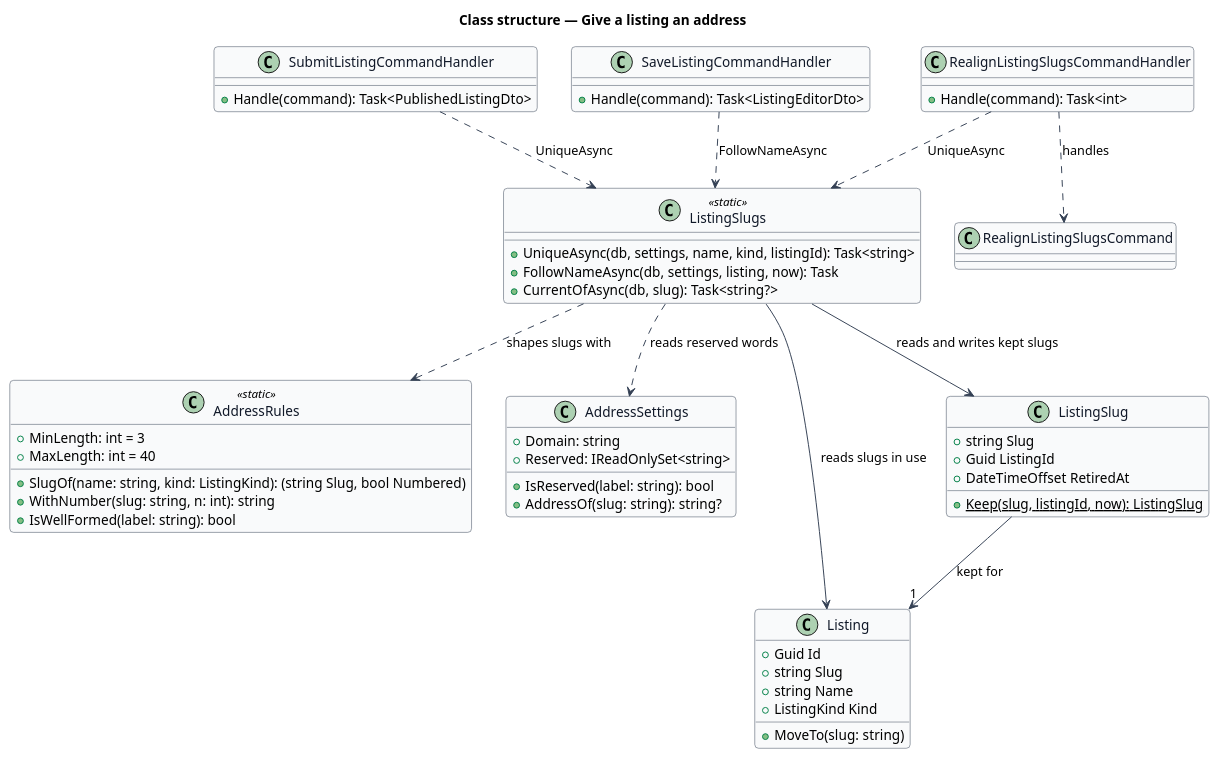
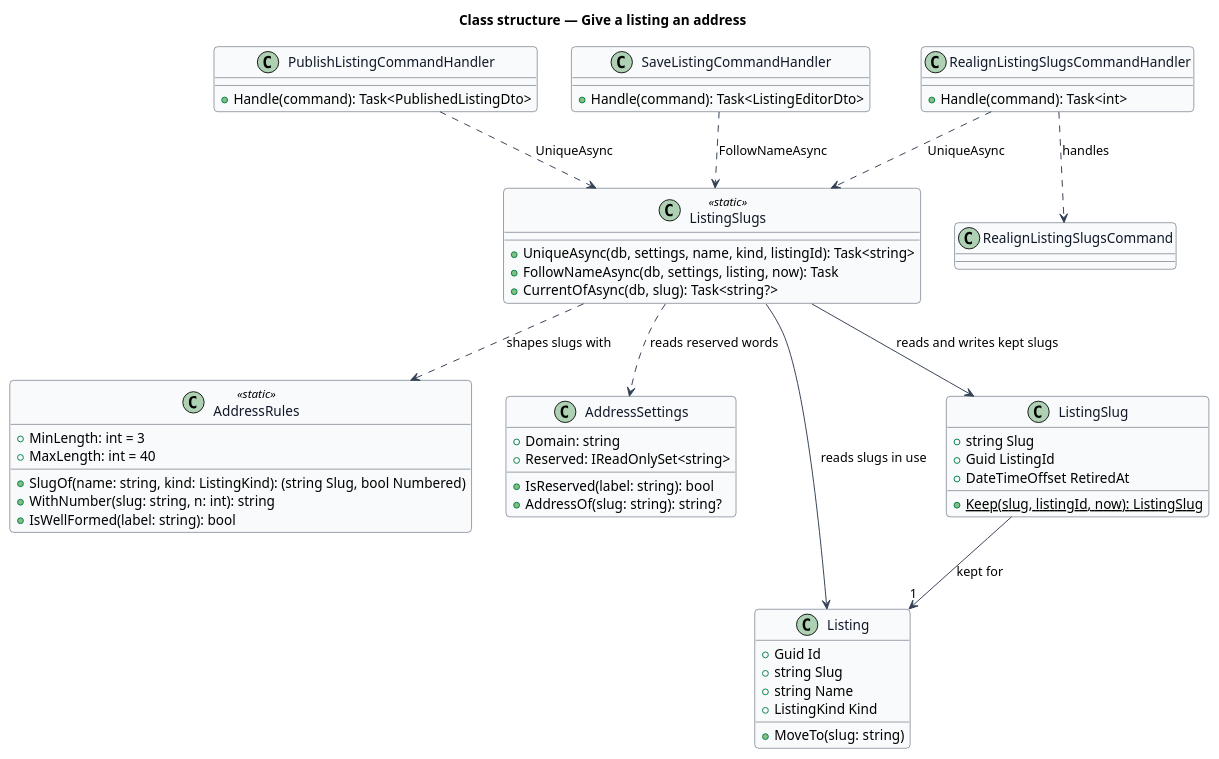
The diagram in docs/detailed-designs/listings/give-listing-an-address/diagrams/class-structure.puml (QuinntyneBrown/jubilee), drawn with PlantUML before and after one commit. The commit also changed 15 other files, not shown here.

```diff
--- a/docs/detailed-designs/listings/give-listing-an-address/diagrams/class-structure.puml
+++ b/docs/detailed-designs/listings/give-listing-an-address/diagrams/class-structure.puml
@@ -1,73 +1,73 @@
 @startuml
 skinparam backgroundColor #FFFFFF
 skinparam shadowing false
 skinparam roundcorner 8
 skinparam defaultFontName Arial
 skinparam ArrowColor #344054
 skinparam class {
   BorderColor #344054
   FontColor #101828
   BackgroundColor #F9FAFB
 }
 title Class structure — Give a listing an address
 
 class AddressRules <<static>> {
   +MinLength: int = 3
   +MaxLength: int = 40
   +SlugOf(name: string, kind: ListingKind): (string Slug, bool Numbered)
   +WithNumber(slug: string, n: int): string
   +IsWellFormed(label: string): bool
 }
 
 class AddressSettings {
   +Domain: string
   +Reserved: IReadOnlySet<string>
   +IsReserved(label: string): bool
   +AddressOf(slug: string): string?
 }
 
 class ListingSlugs <<static>> {
   +UniqueAsync(db, settings, name, kind, listingId): Task<string>
   +FollowNameAsync(db, settings, listing, now): Task
   +CurrentOfAsync(db, slug): Task<string?>
 }
 
-class SubmitListingCommandHandler {
+class PublishListingCommandHandler {
   +Handle(command): Task<PublishedListingDto>
 }
 
 class SaveListingCommandHandler {
   +Handle(command): Task<ListingEditorDto>
 }
 
 class RealignListingSlugsCommand
 
 class RealignListingSlugsCommandHandler {
   +Handle(command): Task<int>
 }
 
 class Listing {
   +Guid Id
   +string Slug
   +string Name
   +ListingKind Kind
   +MoveTo(slug: string)
 }
 
 class ListingSlug {
   +string Slug
   +Guid ListingId
   +DateTimeOffset RetiredAt
   +{static} Keep(slug, listingId, now): ListingSlug
 }
 
 ListingSlugs ..> AddressRules : shapes slugs with
 ListingSlugs ..> AddressSettings : reads reserved words
 ListingSlugs --> Listing : reads slugs in use
 ListingSlugs --> ListingSlug : reads and writes kept slugs
-SubmitListingCommandHandler ..> ListingSlugs : UniqueAsync
+PublishListingCommandHandler ..> ListingSlugs : UniqueAsync
 SaveListingCommandHandler ..> ListingSlugs : FollowNameAsync
 RealignListingSlugsCommandHandler ..> RealignListingSlugsCommand : handles
 RealignListingSlugsCommandHandler ..> ListingSlugs : UniqueAsync
 ListingSlug --> "1" Listing : kept for
 @enduml
```
